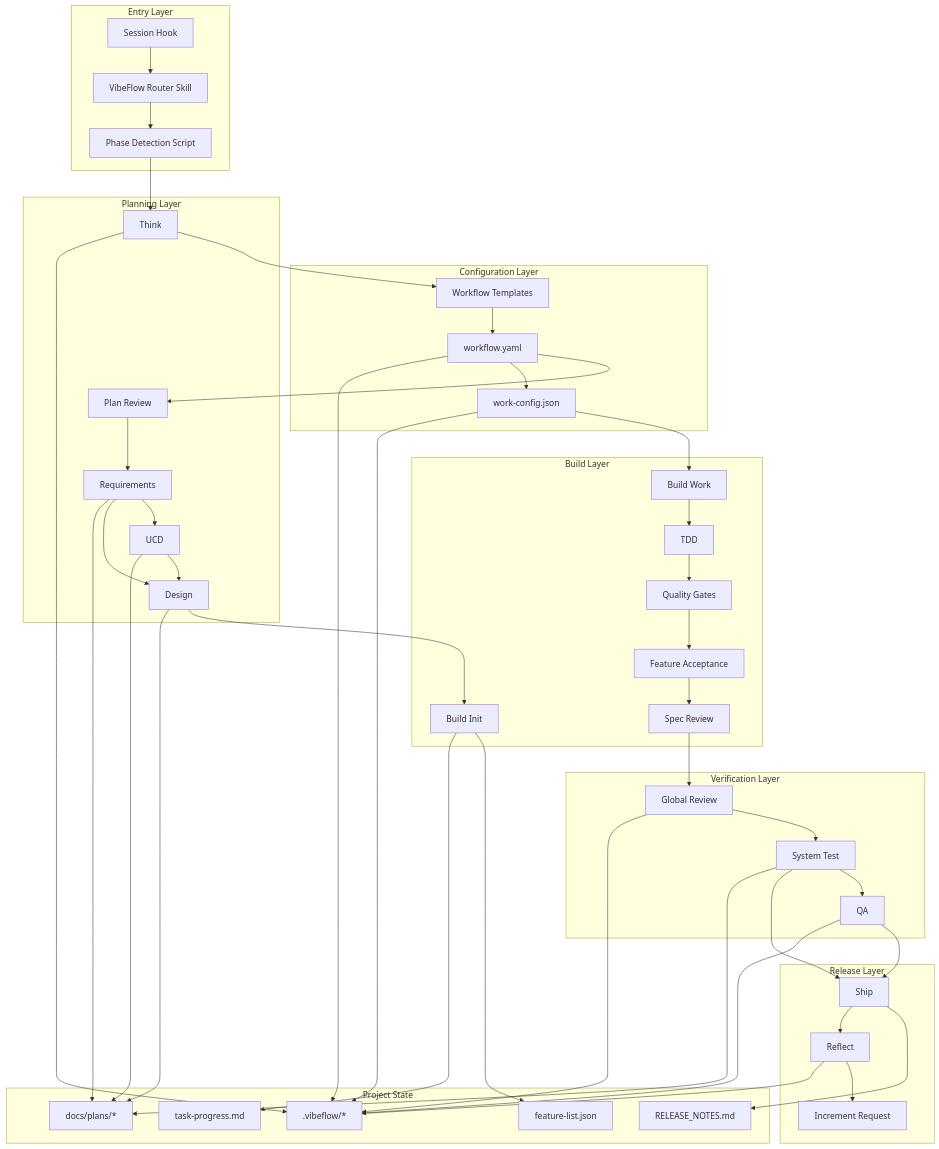
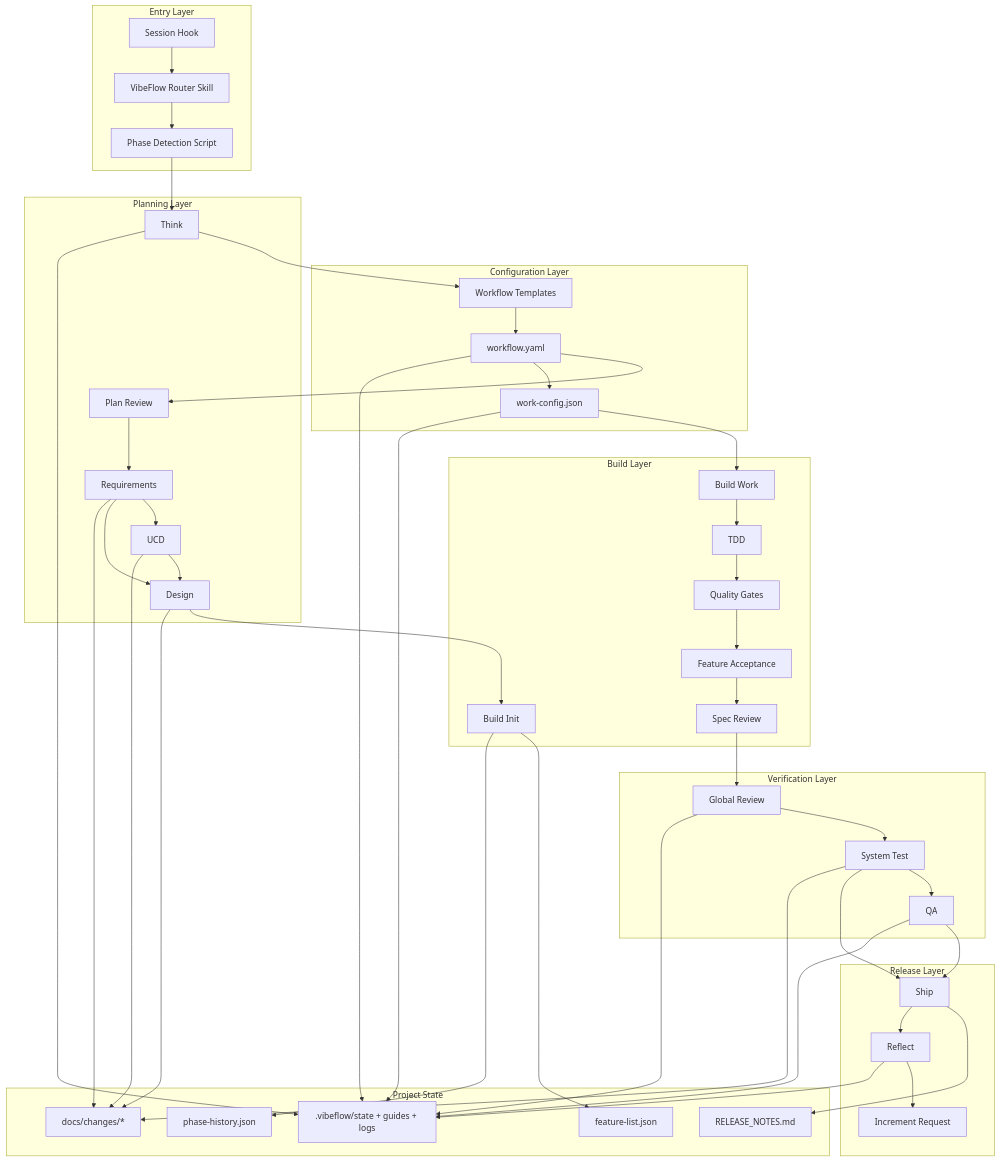
One commit to ttttstc/vibeflow changed the first of 3 diagrams in ARCHITECTURE.md. Above: the diagram before and after it, drawn with Mermaid. The commit also changed other lines of this file and 45 other files, not shown here.

```diff
--- a/ARCHITECTURE.md
+++ b/ARCHITECTURE.md
@@ -57,10 +57,10 @@
     end
 
     subgraph State[Project State]
-        S1[.vibeflow/*]
-        S2[docs/plans/*]
+        S1[.vibeflow/state + guides + logs]
+        S2[docs/changes/*]
         S3[feature-list.json]
-        S4[task-progress.md]
+        S4[phase-history.json]
         S5[RELEASE_NOTES.md]
     end
 
```
